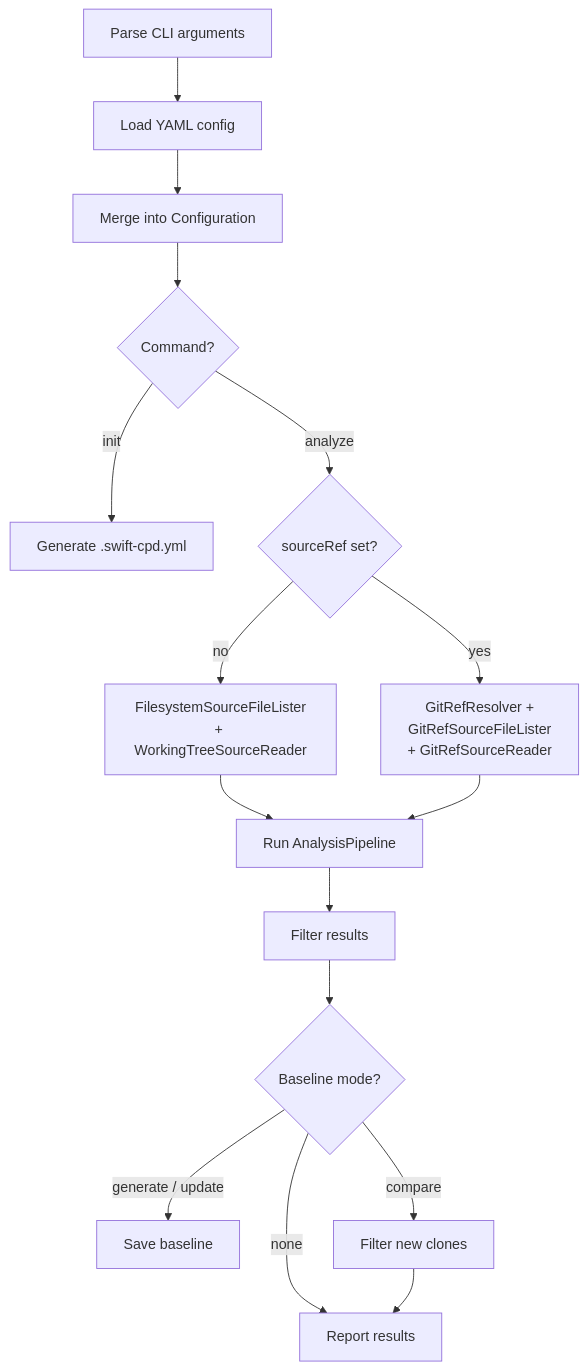
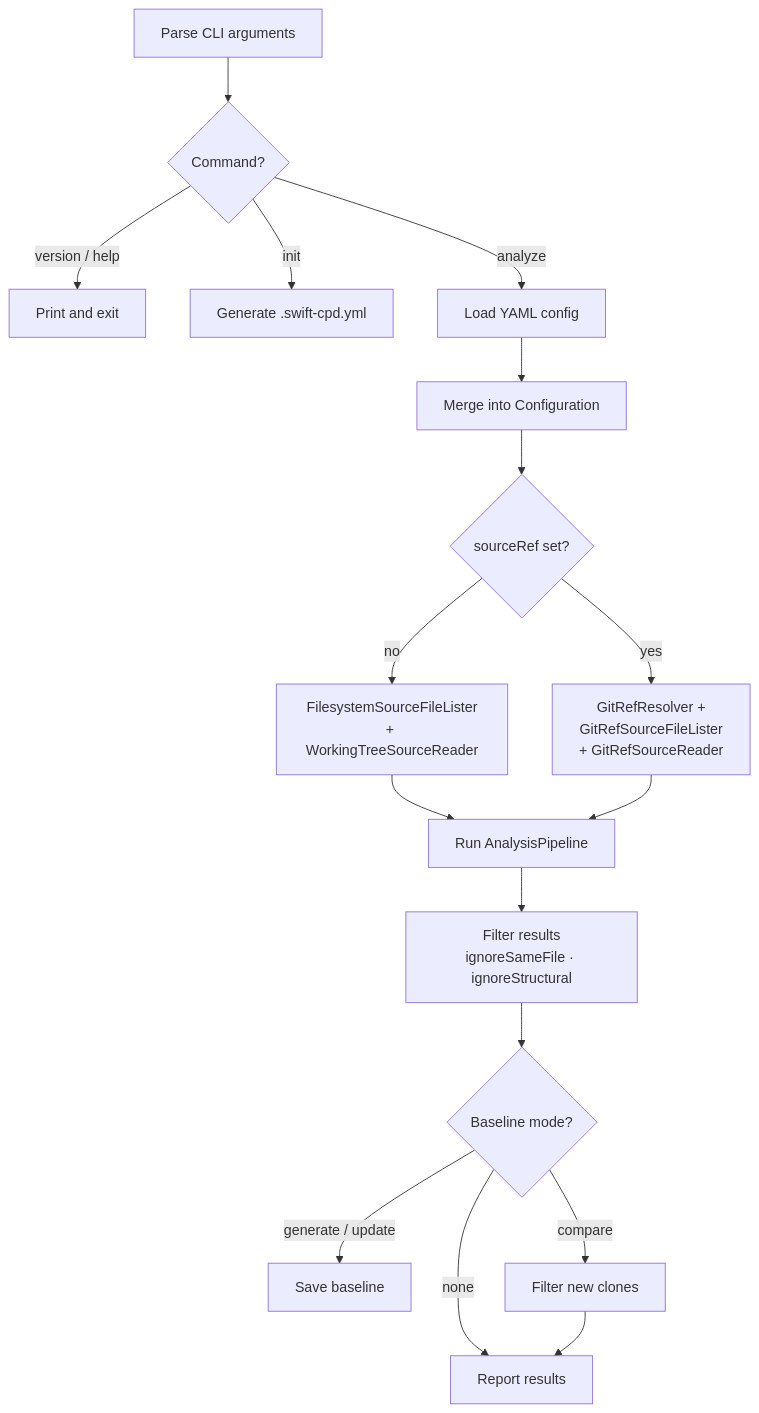
The second of 2 diagrams in Docs/Architecture/01-overview.md (ericodx/swift-cpd), drawn with Mermaid before and after one commit. The commit also changed other lines of this file, not shown here.

Commit message:
docs: fix the entry point flow and plugin notes in the architecture overview

````diff
--- a/Docs/Architecture/01-overview.md
+++ b/Docs/Architecture/01-overview.md
@@ -48,18 +48,19 @@
 ```mermaid
 flowchart TD
-    A[Parse CLI arguments] --> B[Load YAML config]
+    A[Parse CLI arguments] --> D{Command?}
+    D -- version / help --> V[Print and exit]
+    D -- init --> E[Generate .swift-cpd.yml]
+    D -- analyze --> B[Load YAML config]
     B --> C[Merge into Configuration]
-    C --> D{Command?}
-    D -- init --> E[Generate .swift-cpd.yml]
-    D -- analyze --> SIO{sourceRef set?}
+    C --> SIO{sourceRef set?}
     SIO -- no --> F1[FilesystemSourceFileLister<br/>+ WorkingTreeSourceReader]
     SIO -- yes --> F2[GitRefResolver +<br/>GitRefSourceFileLister<br/>+ GitRefSourceReader]
     F1 --> G[Run AnalysisPipeline]
     F2 --> G
-    G --> H[Filter results]
+    G --> H[Filter results<br/>ignoreSameFile · ignoreStructural]
     H --> I{Baseline mode?}
     I -- generate / update --> J[Save baseline]
     I -- compare --> K[Filter new clones]
     I -- none --> L[Report results]
     K --> L
 ```
````
